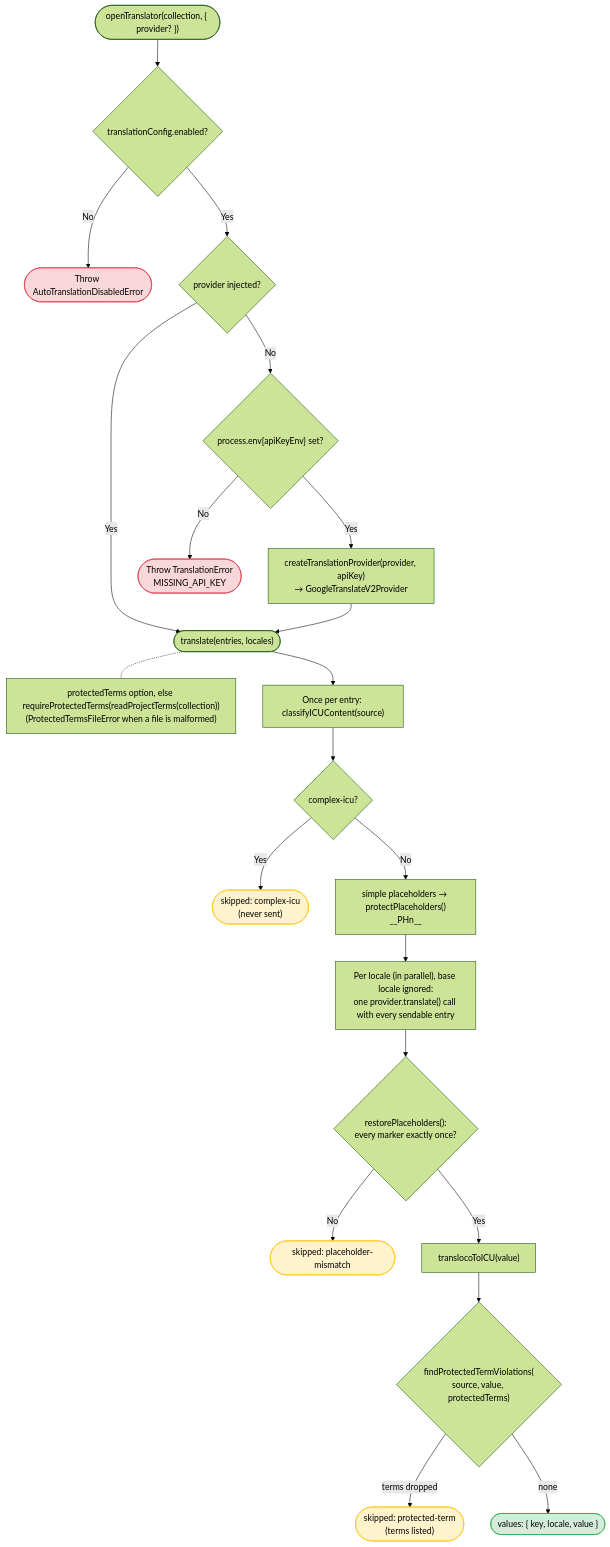
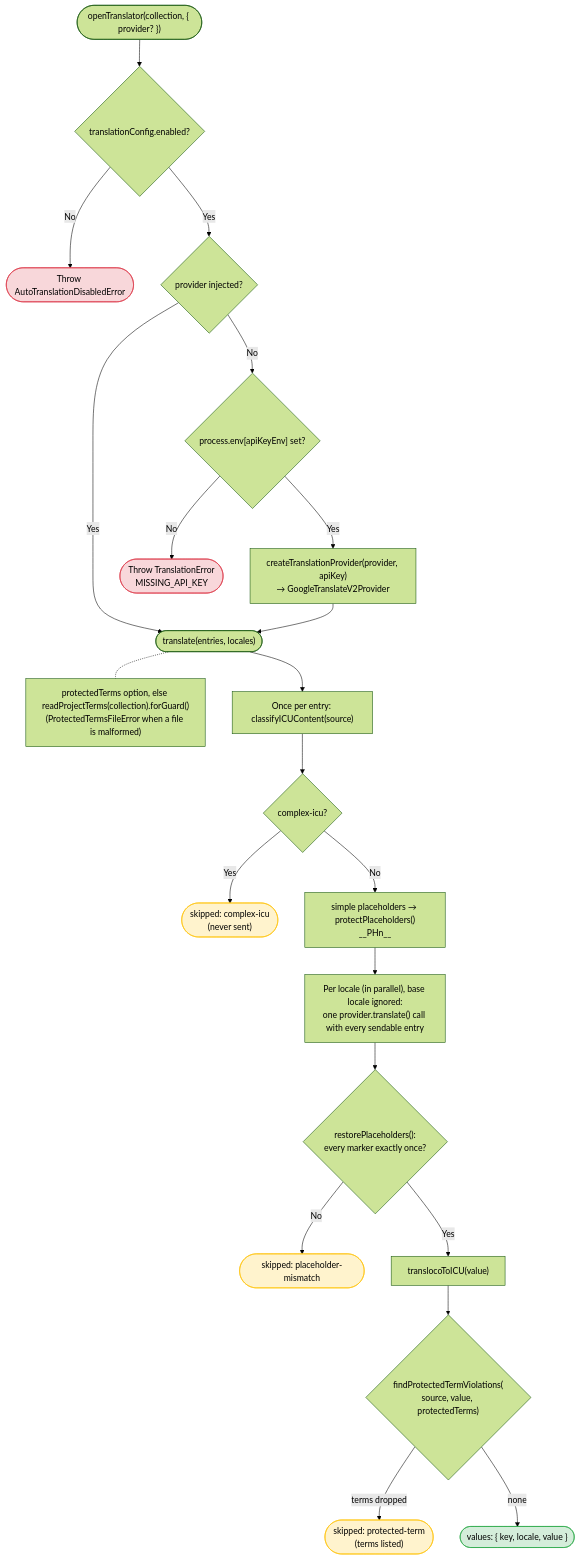
Before and after one commit to SimonNodel-AI/lingo-tracker: the second of 2 diagrams in architecture-docs/core-library.md, drawn with Mermaid (forest theme). The commit also changed other lines of this file and 33 other files, not shown here.

First line of the commit message:
refactor(core)!: project terms answer by intent, not raw problems

````diff
--- a/architecture-docs/core-library.md
+++ b/architecture-docs/core-library.md
@@ -683,34 +683,34 @@
 ```mermaid
 flowchart TD
     OPEN(["openTranslator(collection, { provider? })"]) --> ENABLED{"translationConfig.enabled?"}
     ENABLED -- No --> DISABLED([Throw AutoTranslationDisabledError])
     ENABLED -- Yes --> INJECTED{"provider injected?"}
-    READY -.- TERMSREAD["protectedTerms option, else requireProtectedTerms(readProjectTerms(collection))\n(ProtectedTermsFileError when a file is malformed)"]
+    READY -.- TERMSREAD["protectedTerms option, else readProjectTerms(collection).forGuard()\n(ProtectedTermsFileError when a file is malformed)"]
     INJECTED -- Yes --> READY
     INJECTED -- No --> KEY{"process.env[apiKeyEnv] set?"}
     KEY -- No --> THROW_KEY([Throw TranslationError\nMISSING_API_KEY])
     KEY -- Yes --> FACTORY["createTranslationProvider(provider, apiKey)\n→ GoogleTranslateV2Provider"]
     FACTORY --> READY
 
     READY(["translate(entries, locales)"]) --> CLASSIFY
 
     CLASSIFY["Once per entry: classifyICUContent(source)"]
     CLASSIFY --> IS_COMPLEX{"complex-icu?"}
     IS_COMPLEX -- Yes --> SKIP_ICU(["skipped: complex-icu\n(never sent)"])
     IS_COMPLEX -- No --> PROTECT["simple placeholders → protectPlaceholders()\n<span class='notranslate'>__PHn__</span>"]
 
     PROTECT --> CALL["Per locale (in parallel), base locale ignored:\none provider.translate() call with every sendable entry"]
     CALL --> RESTORE{"restorePlaceholders():\nevery marker exactly once?"}
     RESTORE -- No --> SKIP_PH(["skipped: placeholder-mismatch"])
     RESTORE -- Yes --> NORMALISE["translocoToICU(value)"]
     NORMALISE --> TERMS{"findProtectedTermViolations(\nsource, value, protectedTerms)"}
     TERMS -- "terms dropped" --> SKIP_TERM(["skipped: protected-term\n(terms listed)"])
     TERMS -- none --> VALUE(["values: { key, locale, value }"])
 
     style DISABLED fill:#f8d7da,stroke:#dc3545,color:#000
     style THROW_KEY fill:#f8d7da,stroke:#dc3545,color:#000
     style SKIP_ICU fill:#fff3cd,stroke:#ffc107,color:#000
     style SKIP_PH fill:#fff3cd,stroke:#ffc107,color:#000
     style SKIP_TERM fill:#fff3cd,stroke:#ffc107,color:#000
     style VALUE fill:#d4edda,stroke:#28a745,color:#000
 ```
````
